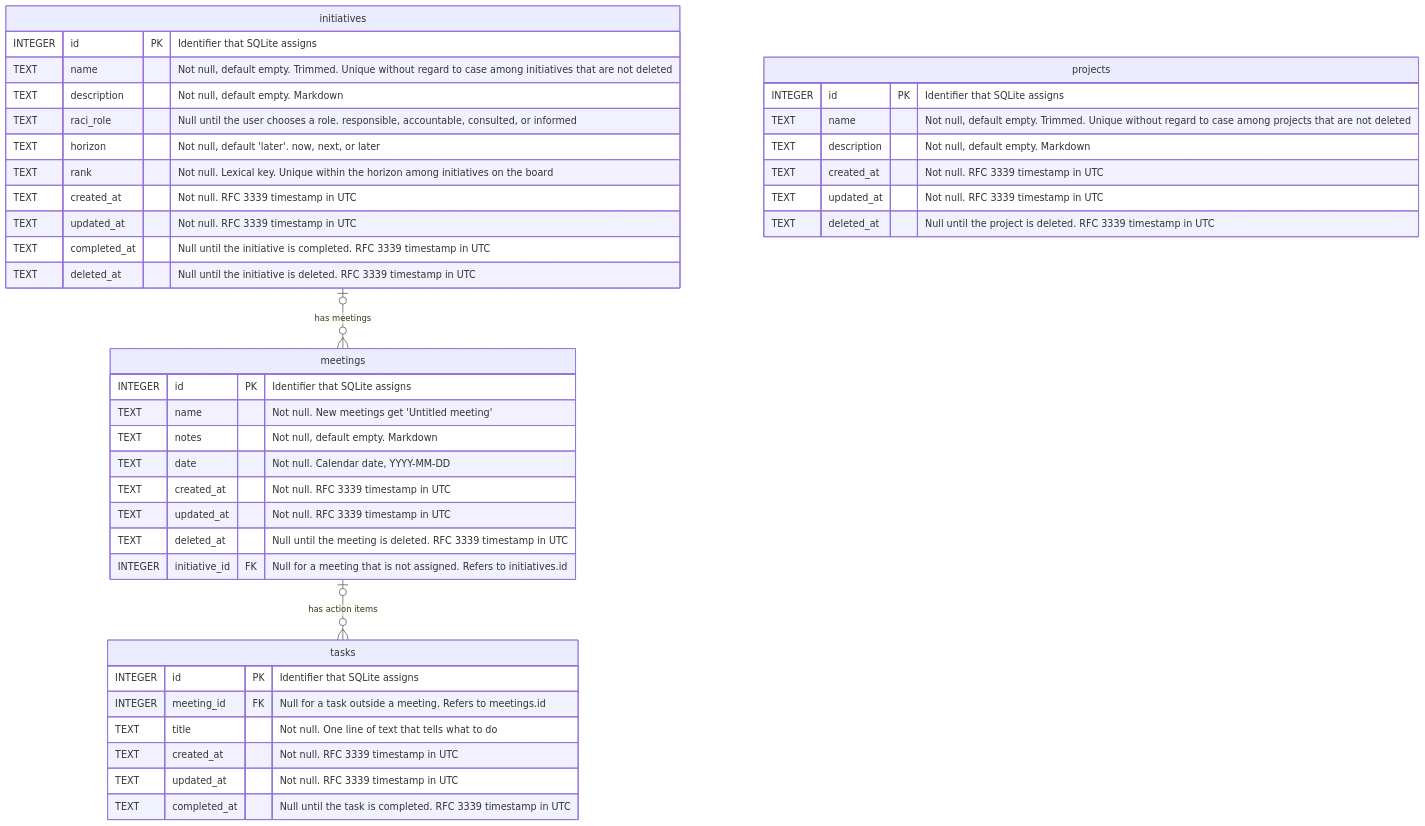
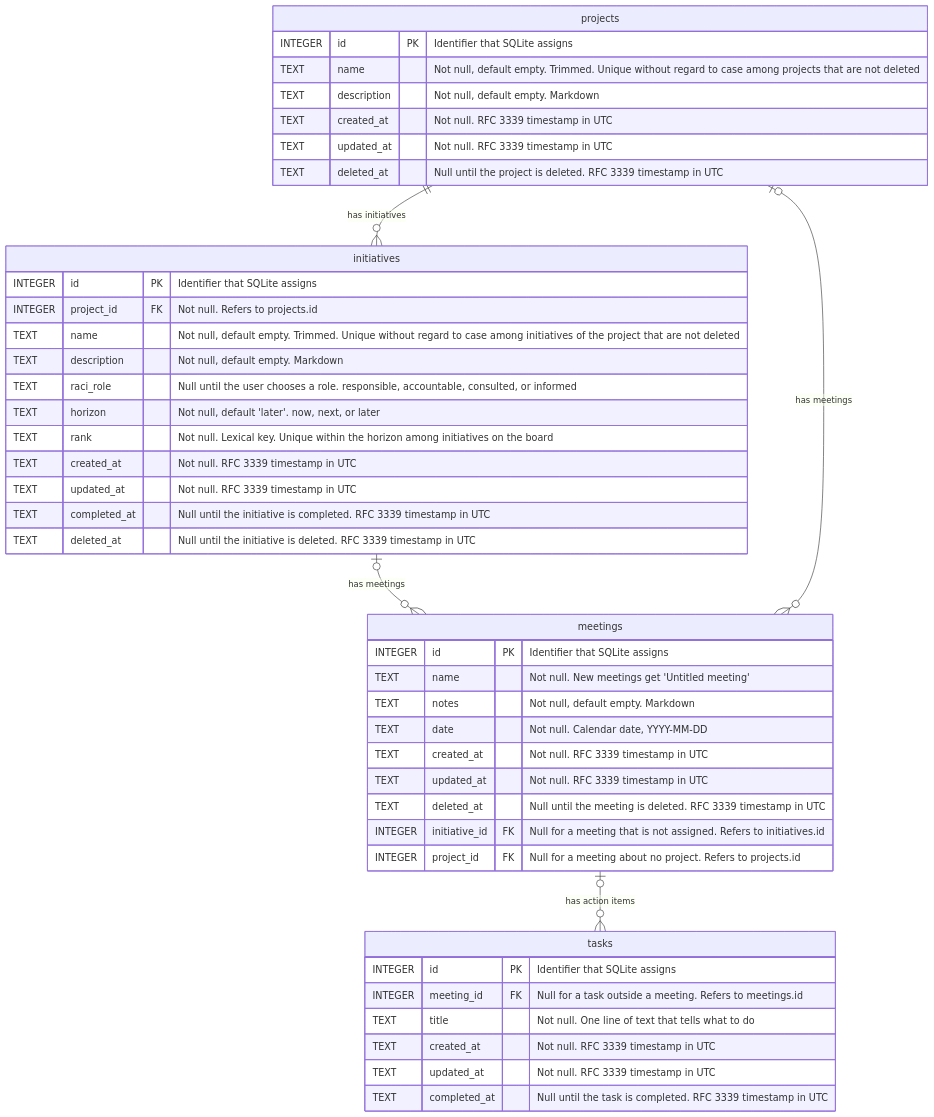
Before and after one commit to marclove/gps: the diagram in docs/data-model.md, drawn with Mermaid. The commit also changed other lines of this file and 18 other files, not shown here.

````diff
--- a/docs/data-model.md
+++ b/docs/data-model.md
@@ -5,43 +5,47 @@
 ```mermaid
 erDiagram
     meetings {
         INTEGER id PK "Identifier that SQLite assigns"
         TEXT name "Not null. New meetings get 'Untitled meeting'"
         TEXT notes "Not null, default empty. Markdown"
         TEXT date "Not null. Calendar date, YYYY-MM-DD"
         TEXT created_at "Not null. RFC 3339 timestamp in UTC"
         TEXT updated_at "Not null. RFC 3339 timestamp in UTC"
         TEXT deleted_at "Null until the meeting is deleted. RFC 3339 timestamp in UTC"
         INTEGER initiative_id FK "Null for a meeting that is not assigned. Refers to initiatives.id"
+        INTEGER project_id FK "Null for a meeting about no project. Refers to projects.id"
     }
     tasks {
         INTEGER id PK "Identifier that SQLite assigns"
         INTEGER meeting_id FK "Null for a task outside a meeting. Refers to meetings.id"
         TEXT title "Not null. One line of text that tells what to do"
         TEXT created_at "Not null. RFC 3339 timestamp in UTC"
         TEXT updated_at "Not null. RFC 3339 timestamp in UTC"
         TEXT completed_at "Null until the task is completed. RFC 3339 timestamp in UTC"
     }
     initiatives {
         INTEGER id PK "Identifier that SQLite assigns"
-        TEXT name "Not null, default empty. Trimmed. Unique without regard to case among initiatives that are not deleted"
+        INTEGER project_id FK "Not null. Refers to projects.id"
+        TEXT name "Not null, default empty. Trimmed. Unique without regard to case among initiatives of the project that are not deleted"
         TEXT description "Not null, default empty. Markdown"
         TEXT raci_role "Null until the user chooses a role. responsible, accountable, consulted, or informed"
         TEXT horizon "Not null, default 'later'. now, next, or later"
         TEXT rank "Not null. Lexical key. Unique within the horizon among initiatives on the board"
         TEXT created_at "Not null. RFC 3339 timestamp in UTC"
         TEXT updated_at "Not null. RFC 3339 timestamp in UTC"
         TEXT completed_at "Null until the initiative is completed. RFC 3339 timestamp in UTC"
         TEXT deleted_at "Null until the initiative is deleted. RFC 3339 timestamp in UTC"
     }
     projects {
         INTEGER id PK "Identifier that SQLite assigns"
         TEXT name "Not null, default empty. Trimmed. Unique without regard to case among projects that are not deleted"
         TEXT description "Not null, default empty. Markdown"
         TEXT created_at "Not null. RFC 3339 timestamp in UTC"
         TEXT updated_at "Not null. RFC 3339 timestamp in UTC"
         TEXT deleted_at "Null until the project is deleted. RFC 3339 timestamp in UTC"
     }
     meetings |o--o{ tasks : "has action items"
     initiatives |o--o{ meetings : "has meetings"
+    projects ||--o{ initiatives : "has initiatives"
+    projects |o--o{ meetings : "has meetings"
 ```
````
